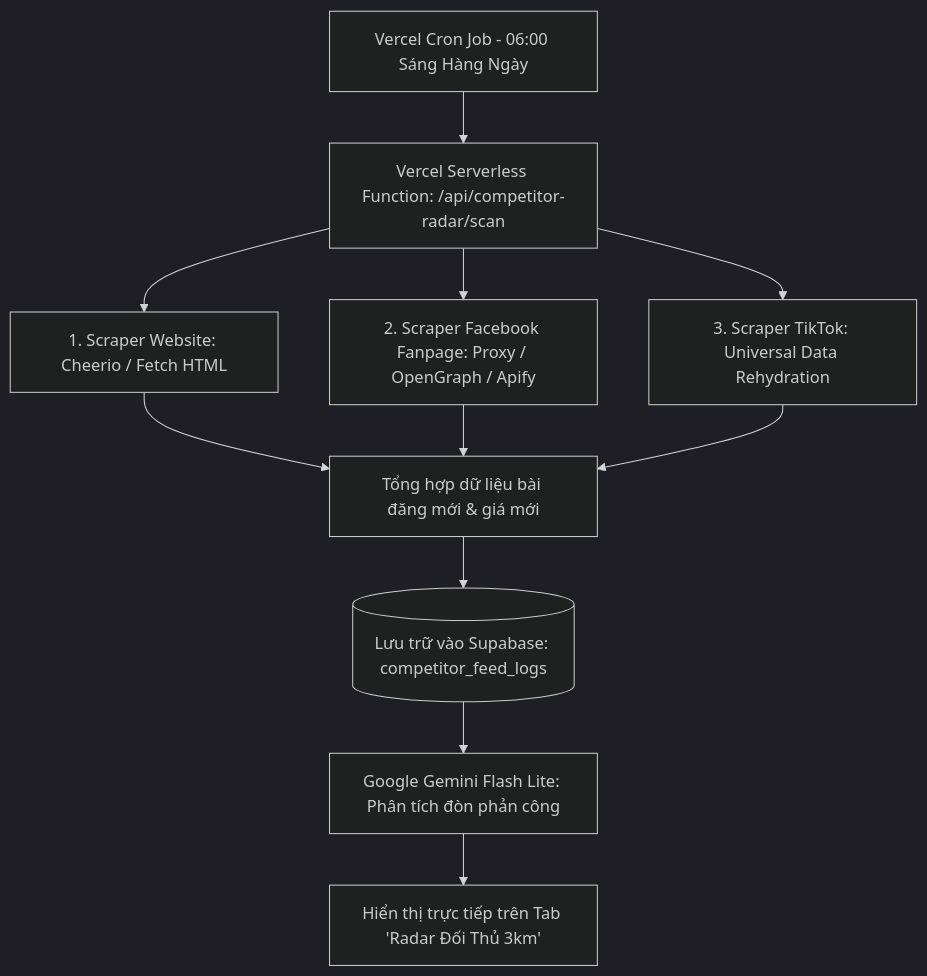
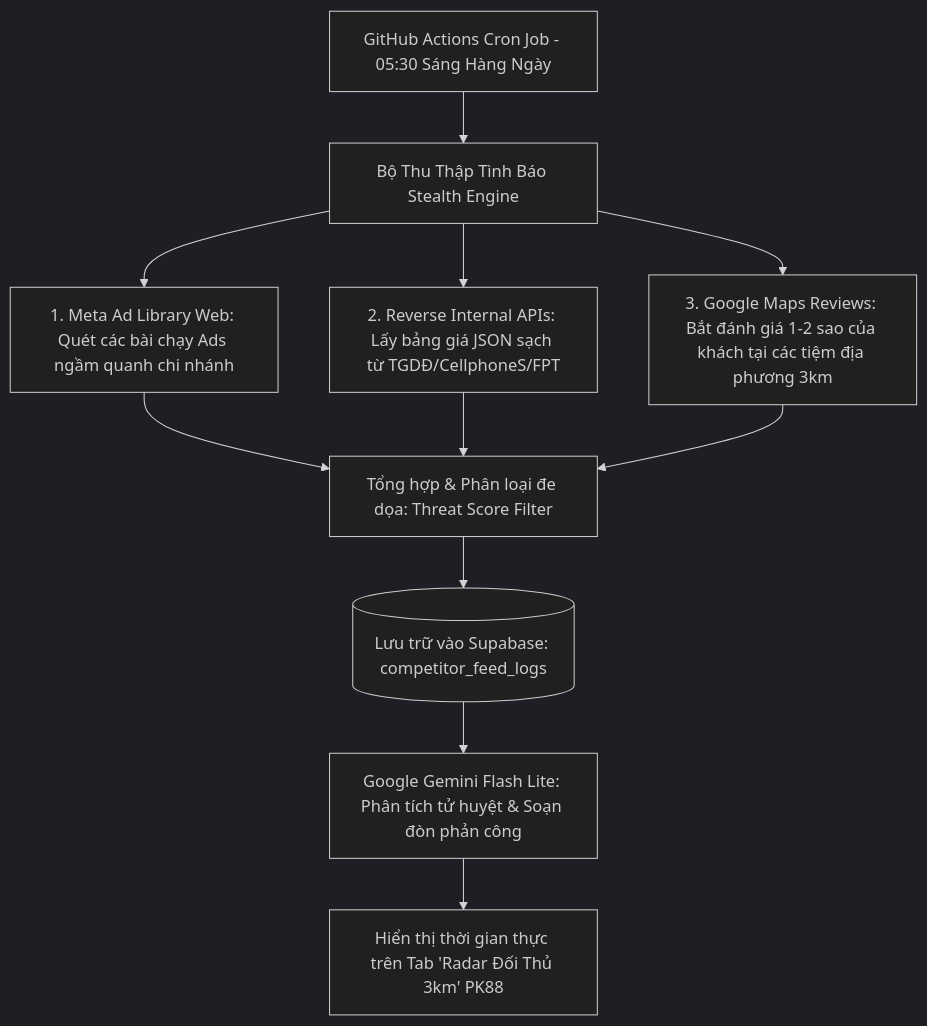
The diagram in KE_HOACH_CAO_DATA_DOI_THU_MKT.md (tranhoangsang89-maker/pk88-hub), drawn with Mermaid (dark theme) before and after one commit. The commit also changed other lines of this file and 8 other files, not shown here.

````diff
--- a/KE_HOACH_CAO_DATA_DOI_THU_MKT.md
+++ b/KE_HOACH_CAO_DATA_DOI_THU_MKT.md
@@ -24,13 +33,13 @@
 ```mermaid
 graph TD
-    A[Vercel Cron Job - 06:00 Sáng Hàng Ngày] --> B[Vercel Serverless Function: /api/competitor-radar/scan]
-    B --> C1[1. Scraper Website: Cheerio / Fetch HTML]
-    B --> C2[2. Scraper Facebook Fanpage: Proxy / OpenGraph / Apify]
-    B --> C3[3. Scraper TikTok: Universal Data Rehydration]
-    C1 --> D[Tổng hợp dữ liệu bài đăng mới & giá mới]
+    A[GitHub Actions Cron Job - 05:30 Sáng Hàng Ngày] --> B[Bộ Thu Thập Tình Báo Stealth Engine]
+    B --> C1[1. Meta Ad Library Web: Quét các bài chạy Ads ngầm quanh chi nhánh]
+    B --> C2[2. Reverse Internal APIs: Lấy bảng giá JSON sạch từ TGDĐ/CellphoneS/FPT]
+    B --> C3[3. Google Maps Reviews: Bắt đánh giá 1-2 sao của khách tại các tiệm địa phương 3km]
+    C1 --> D[Tổng hợp & Phân loại đe dọa: Threat Score Filter]
     C2 --> D
     C3 --> D
     D --> E[(Lưu trữ vào Supabase: competitor_feed_logs)]
-    E --> F[Google Gemini Flash Lite: Phân tích đòn phản công]
-    F --> G[Hiển thị trực tiếp trên Tab 'Radar Đối Thủ 3km']
+    E --> F[Google Gemini Flash Lite: Phân tích tử huyệt & Soạn đòn phản công]
+    F --> G[Hiển thị thời gian thực trên Tab 'Radar Đối Thủ 3km' PK88]
 ```
````
